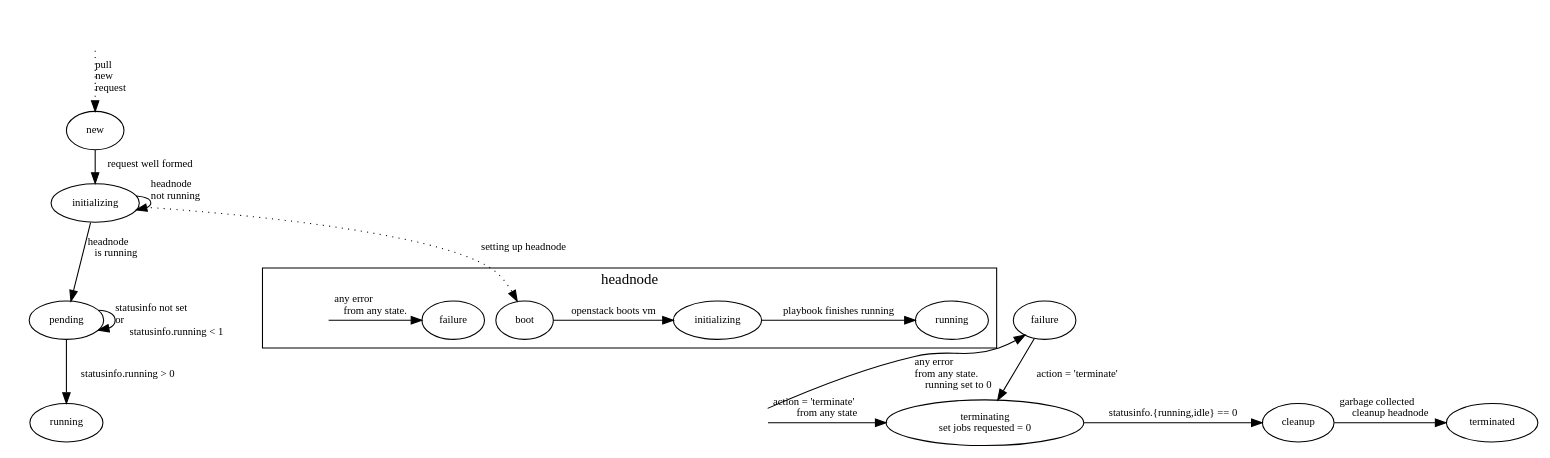
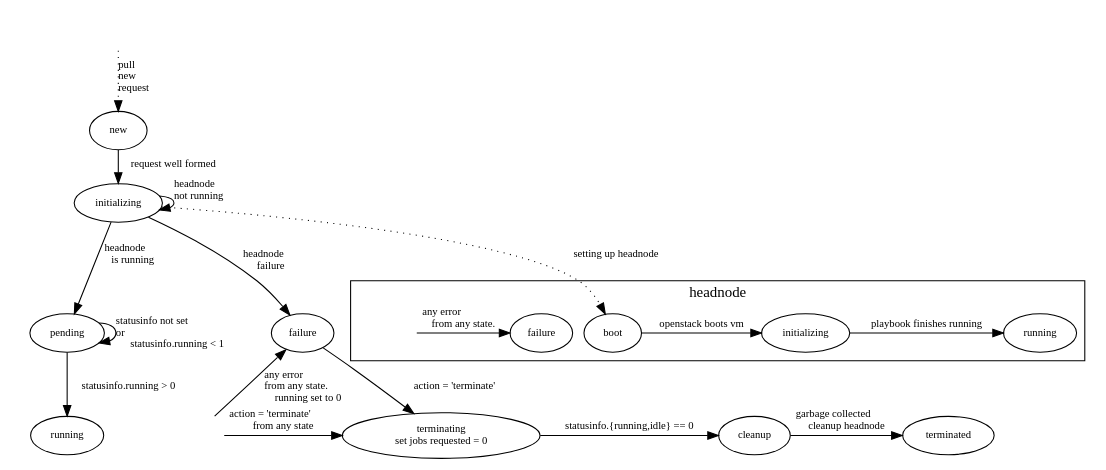
One commit to vc3-project/vc3-docs changed the diagram in diagrams/request_state_diagram.dot. Above: the diagram before and after it, drawn with Graphviz.

Commit message:
update failure from headnode

```diff
--- a/diagrams/request_state_diagram.dot
+++ b/diagrams/request_state_diagram.dot
@@ -1,80 +1,82 @@
 digraph requests {
     compound = true;
     #concentrate = true;
     ratio = compress;
     size="20";
     #rankdir="LR";
 
     ranksep = 0.15;
     nodesep = 0.15;
 
     node [fontsize=10]
     edge [fontsize=10];
 
     infoservice [shape = none ][ label = "" ];
 
     subgraph cluster_configstates {
         style = invis;
         new;
         initializing;
         pending;
     }
 
     subgraph cluster_runningstates {
         style = invis;
         running;
     }
 
     subgraph cluster_endingstates {
         style = invis;
         terminating [ label = "terminating\nset jobs requested = 0"];
         cleanup;
         terminated;
         failure;
 
         terminating_all [shape = none][ label = ""]
     }
 
     subgraph cluster_headnode {
         label = "headnode";
         h_boot [ label = "boot"];
         h_initializing [ label = "initializing"];
         h_running [ label = "running"];
         h_failure [ label = "failure"];
 
         h_terminating_all [shape = none][ label = ""]
 
         {rank=same h_boot h_initializing h_running}
         {rank=same h_failure h_terminating_all}
     }
 
     {rank=same cleanup terminating terminated running terminating_all}
 
     infoservice -> new [ style = dotted ][ label = "pull\lnew\lrequest\l" ];
 
     new -> initializing   [ label = "request well formed" ];
 
     initializing -> initializing   [ label = "headnode\lnot running\l\l\l" ];
 
     initializing -> pending [ label = "headnode\lis running"];
 
+    initializing -> failure [ label = "\lheadnode\lfailure"];
+
     pending -> pending [ label = "statusinfo not set\lor\lstatusinfo.running < 1"];
 
     pending    -> running     [ label = "statusinfo.running > 0" ];
 
     terminating_all -> terminating [ label = "action = 'terminate'\lfrom any state" ];
 
     terminating -> cleanup     [ label = "statusinfo.{running,idle} == 0" ];
 
     cleanup     -> terminated  [ label = "garbage collected\lcleanup headnode" ];
 
 
     terminating_all -> failure [ label ="any error\lfrom any state.\lrunning set to 0" ];
     failure -> terminating [ label = "action = 'terminate'" ];
 
     initializing -> h_boot [ style = dotted ][label = "setting up headnode"]
     h_boot -> h_initializing [ label ="openstack boots vm" ];
     h_initializing -> h_running [ label ="playbook finishes running" ];
 
     h_terminating_all -> h_failure [ label ="any error\lfrom any state." ];
 }
```
